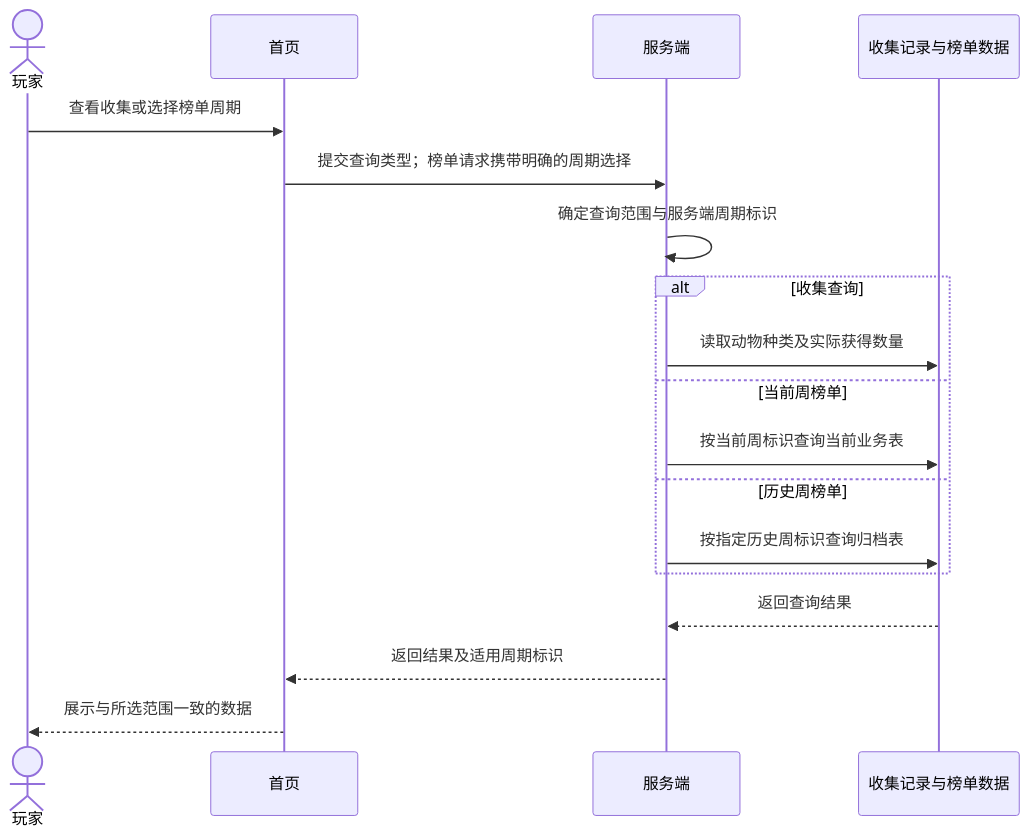
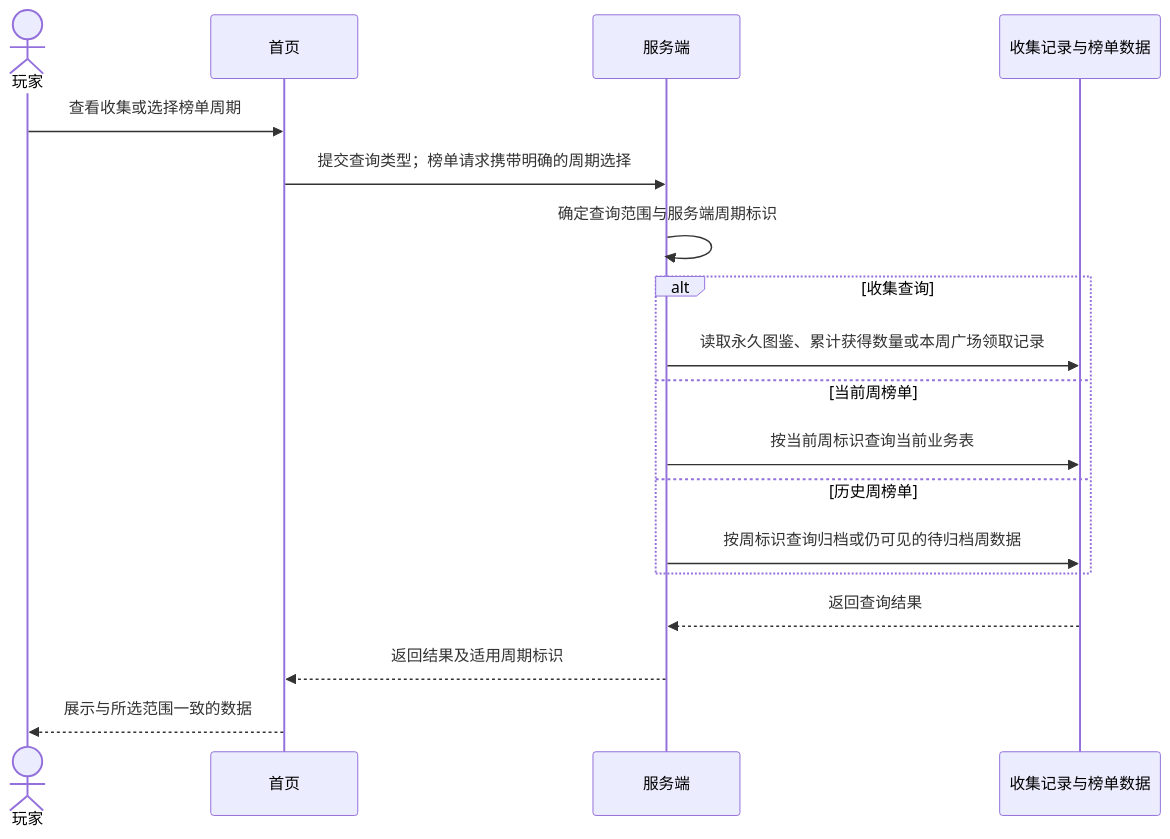
The sixth of 6 diagrams in docs/20-interfaces/GAME-CONTRACT.md (thundax-lyp/pretzel), drawn with Mermaid before and after one commit. The commit also changed other lines of this file, not shown here.

````diff
--- a/docs/20-interfaces/GAME-CONTRACT.md
+++ b/docs/20-interfaces/GAME-CONTRACT.md
@@ -261,20 +318,20 @@
 ```mermaid
 sequenceDiagram
     actor P as 玩家
     participant C as 首页
     participant S as 服务端
     participant D as 收集记录与榜单数据
     P->>C: 查看收集或选择榜单周期
     C->>S: 提交查询类型；榜单请求携带明确的周期选择
     S->>S: 确定查询范围与服务端周期标识
     alt 收集查询
-        S->>D: 读取动物种类及实际获得数量
+        S->>D: 读取永久图鉴、累计获得数量或本周广场领取记录
     else 当前周榜单
         S->>D: 按当前周标识查询当前业务表
     else 历史周榜单
-        S->>D: 按指定历史周标识查询归档表
+        S->>D: 按周标识查询归档或仍可见的待归档周数据
     end
     D-->>S: 返回查询结果
     S-->>C: 返回结果及适用周期标识
     C-->>P: 展示与所选范围一致的数据
 ```
````
